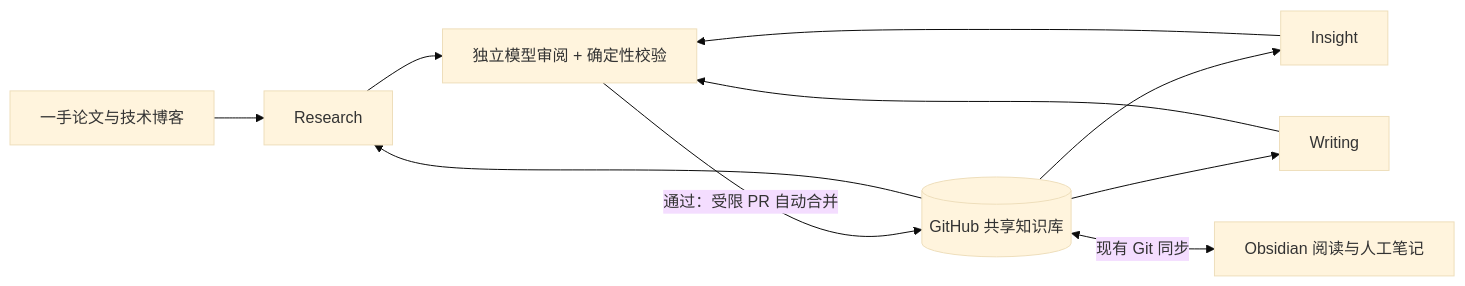
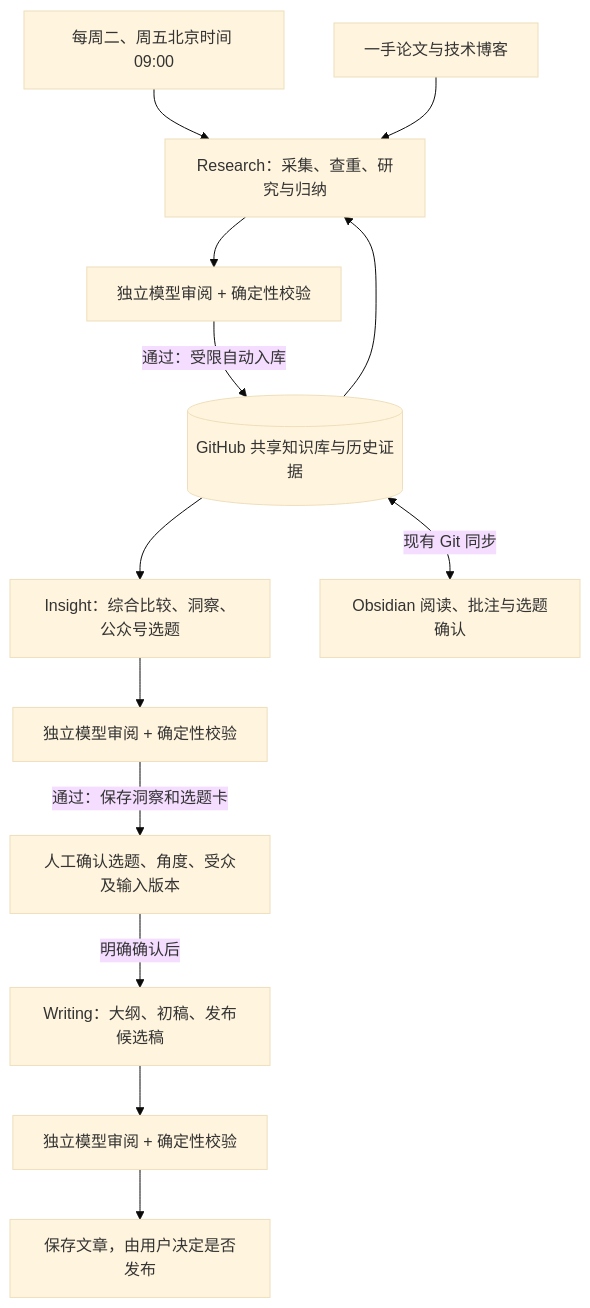
Before and after one commit to gynnash/research-desk: the diagram in workflows/three-agent-architecture.md, drawn with Mermaid (base theme). The commit also changed other lines of this file and 10 other files, not shown here.

````diff
--- a/workflows/three-agent-architecture.md
+++ b/workflows/three-agent-architecture.md
@@ -15,12 +15,15 @@
 ```mermaid
-flowchart LR
-    S[一手论文与技术博客] --> R[Research]
-    K[(GitHub 共享知识库)] --> R
-    R --> Q[独立模型审阅 + 确定性校验]
-    Q -->|通过：受限 PR 自动合并| K
-    K --> I[Insight]
-    I --> Q
-    K --> W[Writing]
-    W --> Q
-    K <-->|现有 Git 同步| O[Obsidian 阅读与人工笔记]
+flowchart TD
+    T[每周二、周五北京时间 09:00] --> R[Research：采集、查重、研究与归纳]
+    S[一手论文与技术博客] --> R
+    K[(GitHub 共享知识库与历史证据)] --> R
+    R --> QR[独立模型审阅 + 确定性校验]
+    QR -->|通过：受限自动入库| K
+    K --> I[Insight：综合比较、洞察、公众号选题]
+    I --> QI[独立模型审阅 + 确定性校验]
+    QI -->|通过：保存洞察和选题卡| H[人工确认选题、角度、受众及输入版本]
+    H -->|明确确认后| W[Writing：大纲、初稿、发布候选稿]
+    W --> QW[独立模型审阅 + 确定性校验]
+    QW --> P[保存文章，由用户决定是否发布]
+    K <-->|现有 Git 同步| O[Obsidian 阅读、批注与选题确认]
 ```
````
